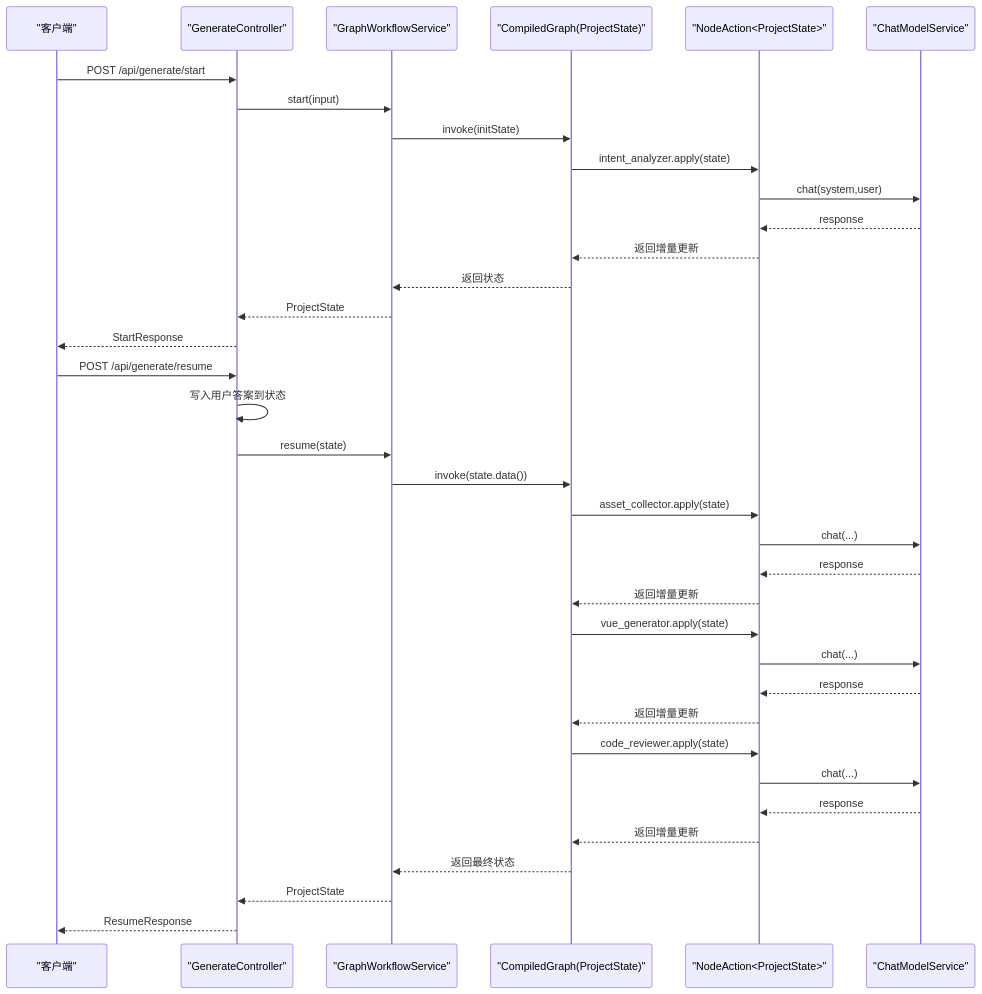
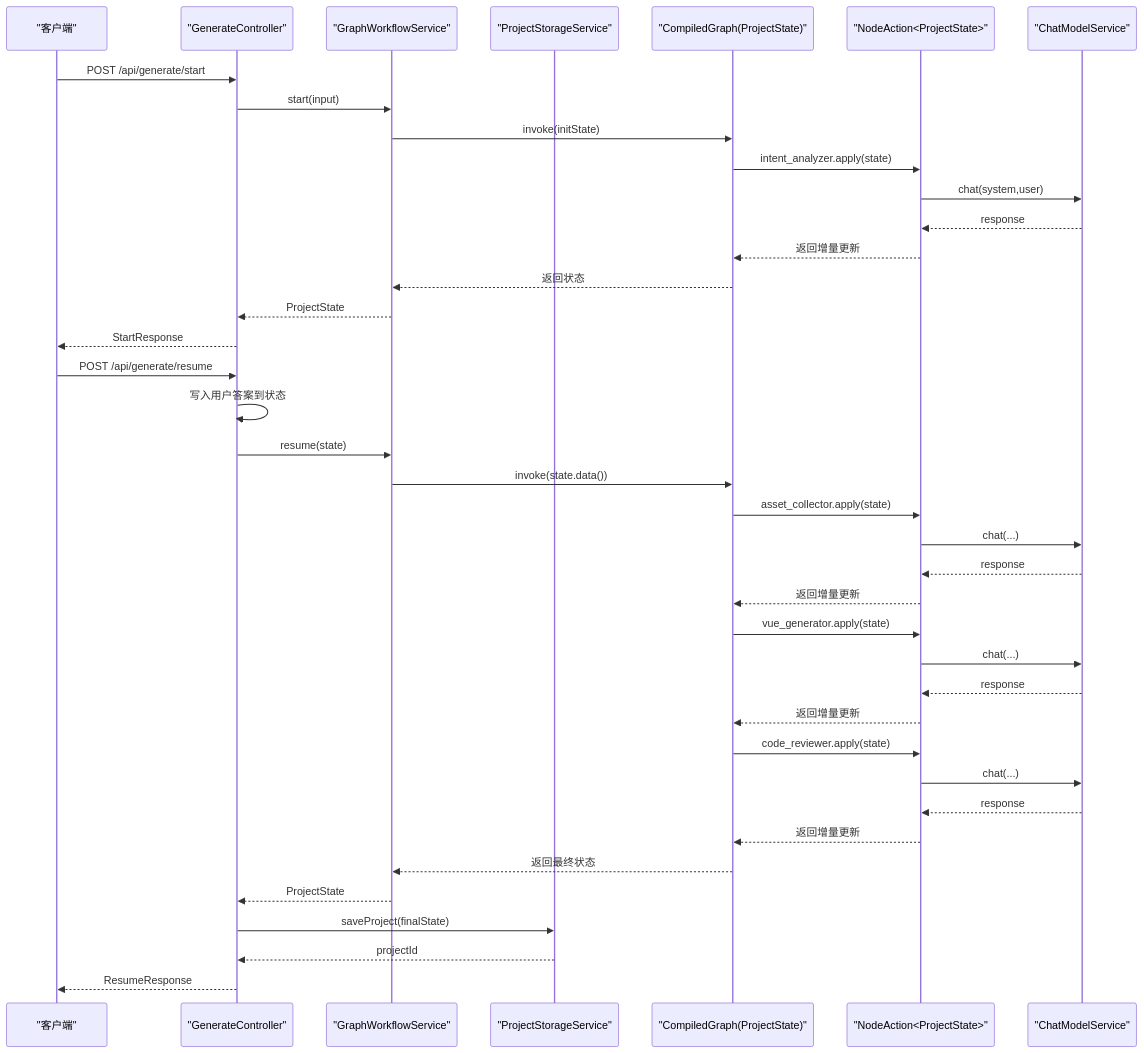
Before and after one commit to CyanYuKi/WebSiteFrontendCodeMother: the second of 7 diagrams in .qoder/repowiki/zh/content/AI工作流系统/工作流引擎核心/项目状态管理.md, drawn with Mermaid. The commit also changed other lines of this file and 5 other files, not shown here.

````diff
--- a/.qoder/repowiki/zh/content/AI工作流系统/工作流引擎核心/项目状态管理.md
+++ b/.qoder/repowiki/zh/content/AI工作流系统/工作流引擎核心/项目状态管理.md
@@ -162,38 +188,41 @@
 ```mermaid
 sequenceDiagram
 participant Client as "客户端"
 participant Ctrl as "GenerateController"
 participant Svc as "GraphWorkflowService"
+participant Storage as "ProjectStorageService"
 participant Graph as "CompiledGraph(ProjectState)"
 participant Node as "NodeAction<ProjectState>"
 participant LLM as "ChatModelService"
 Client->>Ctrl : POST /api/generate/start
 Ctrl->>Svc : start(input)
 Svc->>Graph : invoke(initState)
 Graph->>Node : intent_analyzer.apply(state)
 Node->>LLM : chat(system,user)
 LLM-->>Node : response
 Node-->>Graph : 返回增量更新
 Graph-->>Svc : 返回状态
 Svc-->>Ctrl : ProjectState
 Ctrl-->>Client : StartResponse
 Client->>Ctrl : POST /api/generate/resume
 Ctrl->>Ctrl : 写入用户答案到状态
 Ctrl->>Svc : resume(state)
 Svc->>Graph : invoke(state.data())
 Graph->>Node : asset_collector.apply(state)
 Node->>LLM : chat(...)
 LLM-->>Node : response
 Node-->>Graph : 返回增量更新
 Graph->>Node : vue_generator.apply(state)
 Node->>LLM : chat(...)
 LLM-->>Node : response
 Node-->>Graph : 返回增量更新
 Graph->>Node : code_reviewer.apply(state)
 Node->>LLM : chat(...)
 LLM-->>Node : response
 Node-->>Graph : 返回增量更新
 Graph-->>Svc : 返回最终状态
 Svc-->>Ctrl : ProjectState
+Ctrl->>Storage : saveProject(finalState)
+Storage-->>Ctrl : projectId
 Ctrl-->>Client : ResumeResponse
 ```
````
